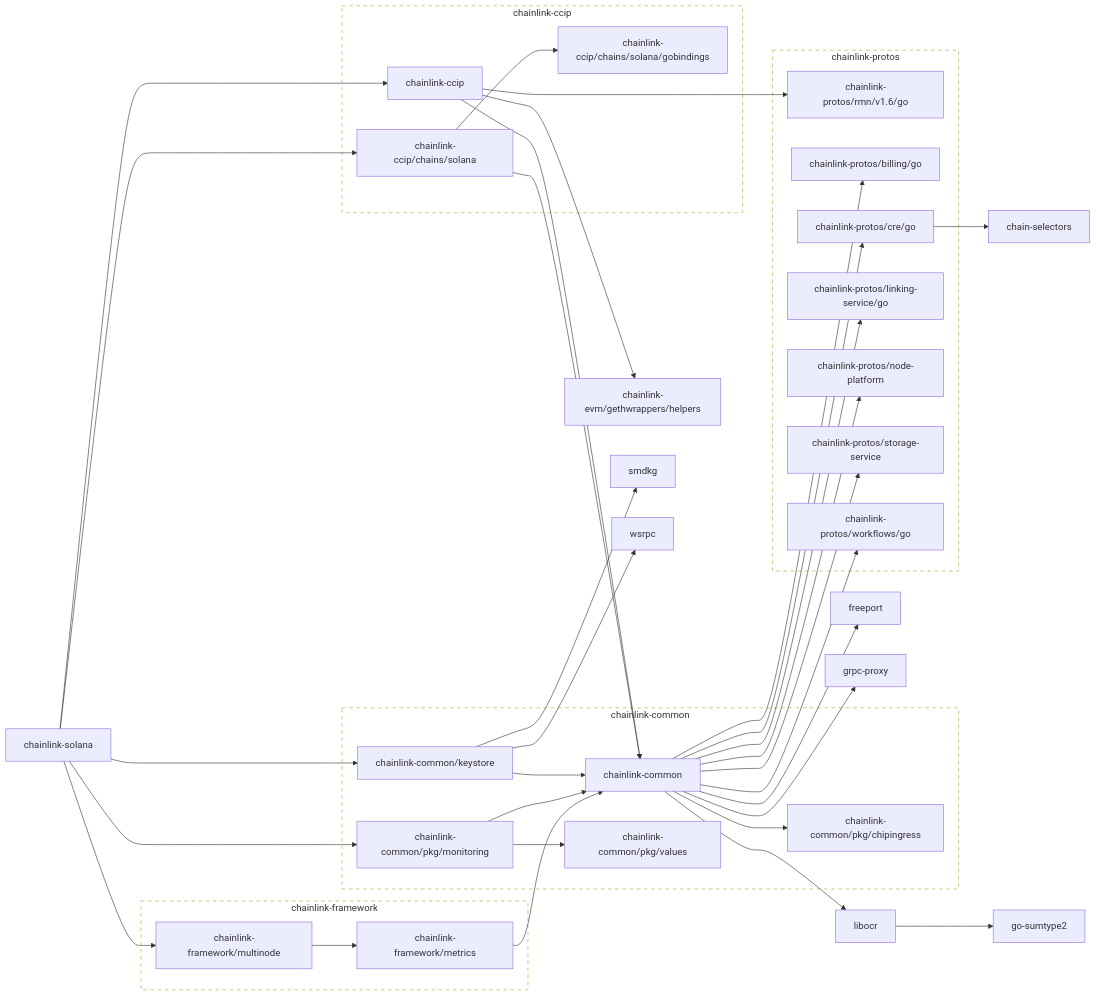
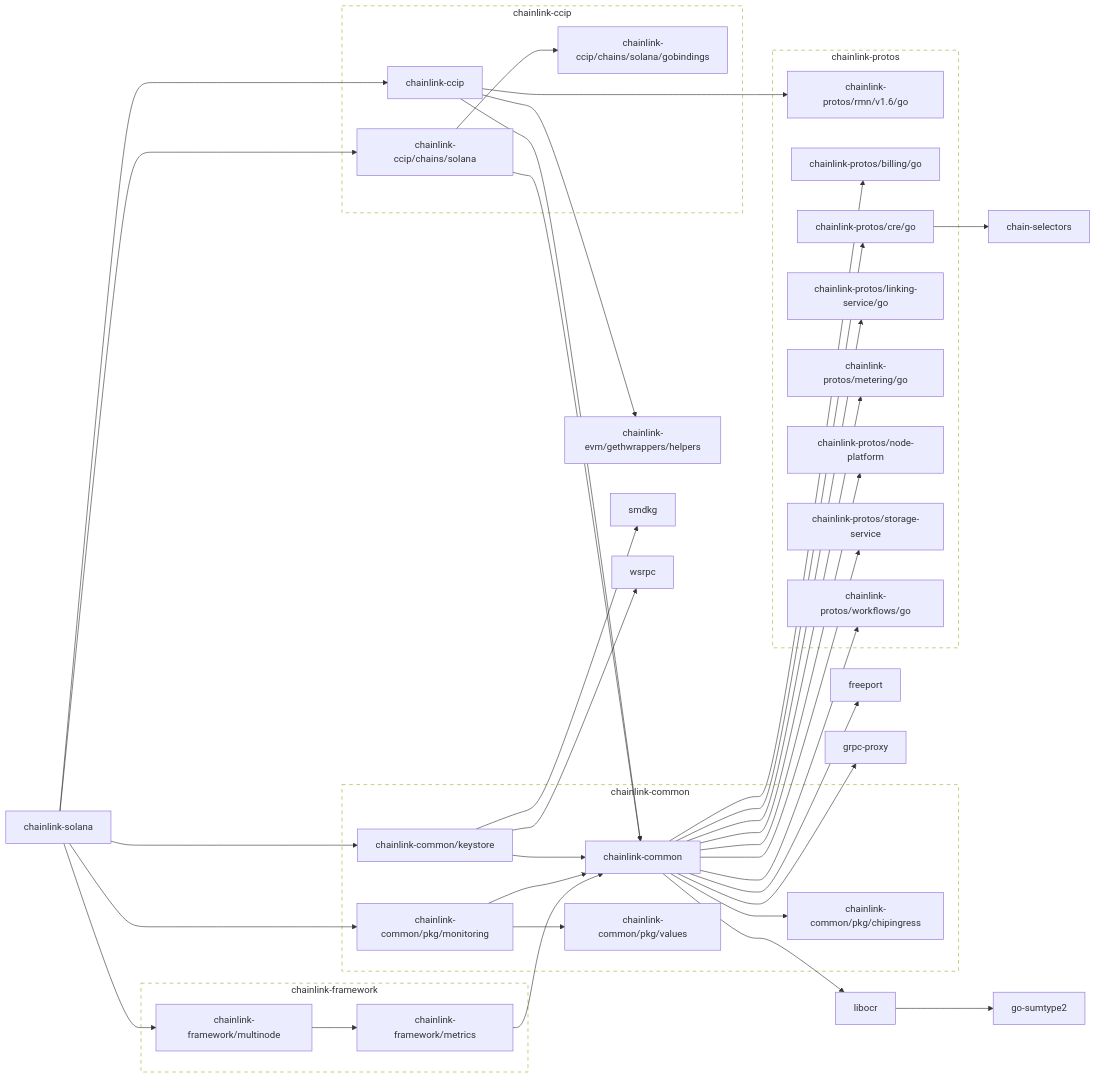
The first of 2 diagrams in go.md (smartcontractkit/chainlink-solana), drawn with Mermaid before and after one commit. The commit also changed other lines of this file and 4 other files, not shown here.

```diff
--- a/go.md
+++ b/go.md
@@ -18,6 +18,7 @@
 	chainlink-common --> chainlink-protos/billing/go
 	chainlink-common --> chainlink-protos/cre/go
 	chainlink-common --> chainlink-protos/linking-service/go
+	chainlink-common --> chainlink-protos/metering/go
 	chainlink-common --> chainlink-protos/node-platform
 	chainlink-common --> chainlink-protos/storage-service
 	chainlink-common --> chainlink-protos/workflows/go
@@ -48,6 +49,8 @@
 	click chainlink-protos/cre/go href "https://github.com/smartcontractkit/chainlink-protos"
 	chainlink-protos/linking-service/go
 	click chainlink-protos/linking-service/go href "https://github.com/smartcontractkit/chainlink-protos"
+	chainlink-protos/metering/go
+	click chainlink-protos/metering/go href "https://github.com/smartcontractkit/chainlink-protos"
 	chainlink-protos/node-platform
 	click chainlink-protos/node-platform href "https://github.com/smartcontractkit/chainlink-protos"
 	chainlink-protos/rmn/v1.6/go
@@ -101,6 +104,7 @@
 		 chainlink-protos/billing/go
 		 chainlink-protos/cre/go
 		 chainlink-protos/linking-service/go
+		 chainlink-protos/metering/go
 		 chainlink-protos/node-platform
 		 chainlink-protos/rmn/v1.6/go
 		 chainlink-protos/storage-service
```
